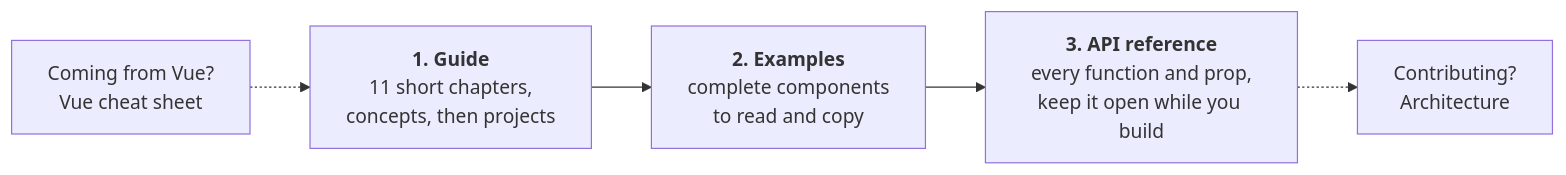
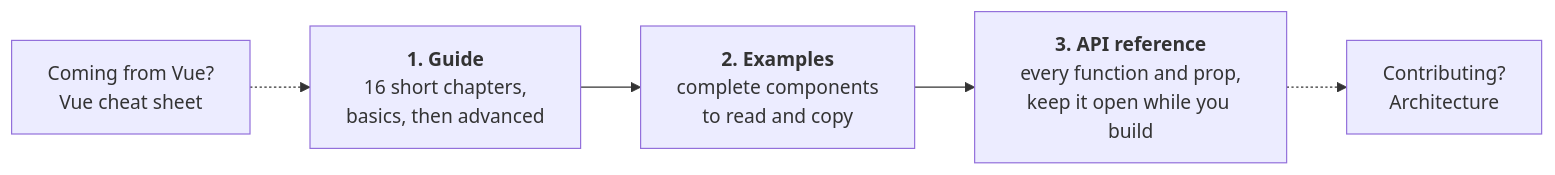
One commit to linhisreal/Rivue changed the diagram in docs/README.md. Above: the diagram before and after it, drawn with Mermaid. The commit also changed other lines of this file and 18 other files, not shown here.

````diff
--- a/docs/README.md
+++ b/docs/README.md
@@ -20,7 +20,7 @@
 ```mermaid
 flowchart LR
-    G["<b>1. Guide</b><br/>11 short chapters,<br/>concepts, then projects"] --> E["<b>2. Examples</b><br/>complete components<br/>to read and copy"]
+    G["<b>1. Guide</b><br/>16 short chapters,<br/>basics, then advanced"] --> E["<b>2. Examples</b><br/>complete components<br/>to read and copy"]
     E --> A["<b>3. API reference</b><br/>every function and prop,<br/>keep it open while you build"]
     V["Coming from Vue?<br/>Vue cheat sheet"] -.-> G
     A -.-> R["Contributing?<br/>Architecture"]
 ```
````
